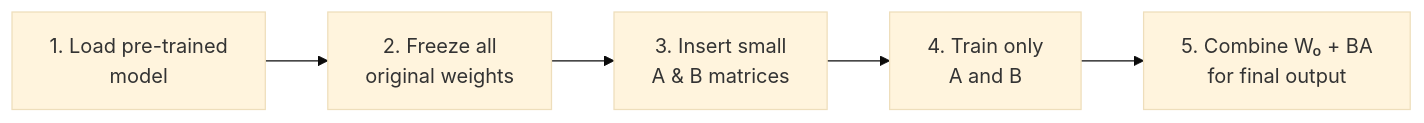
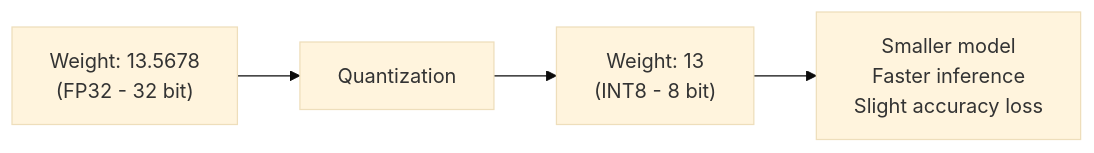
One commit to Ankita01K/Fine-Tunning-With-Lora-and-Qlora changed the first of 3 diagrams in README.md. Above: the diagram before and after it, drawn with Mermaid (base theme). The commit also changed other lines of this file, not shown here.

````diff
--- a/README.md
+++ b/README.md
@@ -4,12 +13,10 @@
 ```mermaid
 flowchart LR
-    S1["1. Load pre-trained
-    model"] --> S2["2. Freeze all
-    original weights"]
-    S2 --> S3["3. Insert small
-    A & B matrices"]
-    S3 --> S4["4. Train only
-    A and B"]
-    S4 --> S5["5. Combine W₀ + BA
-    for final output"]
+    A["Weight: 13.5678
+    (FP32 - 32 bit)"] --> B["Quantization"]
+    B --> C["Weight: 13
+    (INT8 - 8 bit)"]
+    C --> D["Smaller model
+    Faster inference
+    Slight accuracy loss"]
 ```
````
